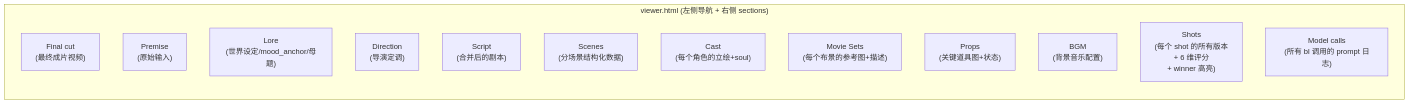
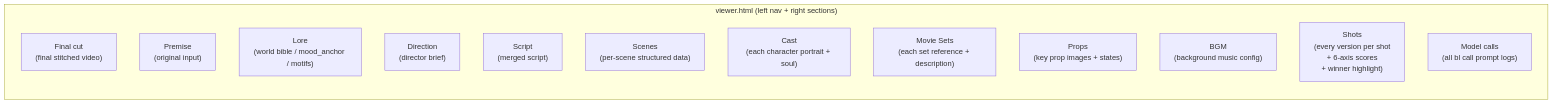
The sixth of 6 diagrams in docs/architecture.md (JohnKeating1997/spark-video), drawn with Mermaid before and after one commit. The commit also changed other lines of this file and 32 other files, not shown here.

````diff
--- a/docs/architecture.md
+++ b/docs/architecture.md
@@ -402,17 +402,17 @@
 ```mermaid
 flowchart LR
-    subgraph Viewer["viewer.html (左侧导航 + 右侧 sections)"]
-        Final["Final cut<br/>(最终成片视频)"]
-        Premise["Premise<br/>(原始输入)"]
-        Lore["Lore<br/>(世界设定/mood_anchor/母题)"]
-        Direction["Direction<br/>(导演定调)"]
-        Script["Script<br/>(合并后的剧本)"]
-        Scenes["Scenes<br/>(分场景结构化数据)"]
-        Cast["Cast<br/>(每个角色的立绘+soul)"]
-        Sets["Movie Sets<br/>(每个布景的参考图+描述)"]
-        Props["Props<br/>(关键道具图+状态)"]
-        BGM["BGM<br/>(背景音乐配置)"]
-        Shots["Shots<br/>(每个 shot 的所有版本<br/>+ 6 维评分<br/>+ winner 高亮)"]
-        Calls["Model calls<br/>(所有 bl 调用的 prompt 日志)"]
+    subgraph Viewer["viewer.html (left nav + right sections)"]
+        Final["Final cut<br/>(final stitched video)"]
+        Premise["Premise<br/>(original input)"]
+        Lore["Lore<br/>(world bible / mood_anchor / motifs)"]
+        Direction["Direction<br/>(director brief)"]
+        Script["Script<br/>(merged script)"]
+        Scenes["Scenes<br/>(per-scene structured data)"]
+        Cast["Cast<br/>(each character portrait + soul)"]
+        Sets["Movie Sets<br/>(each set reference + description)"]
+        Props["Props<br/>(key prop images + states)"]
+        BGM["BGM<br/>(background music config)"]
+        Shots["Shots<br/>(every version per shot<br/>+ 6-axis scores<br/>+ winner highlight)"]
+        Calls["Model calls<br/>(all bl call prompt logs)"]
     end
 ```
````
